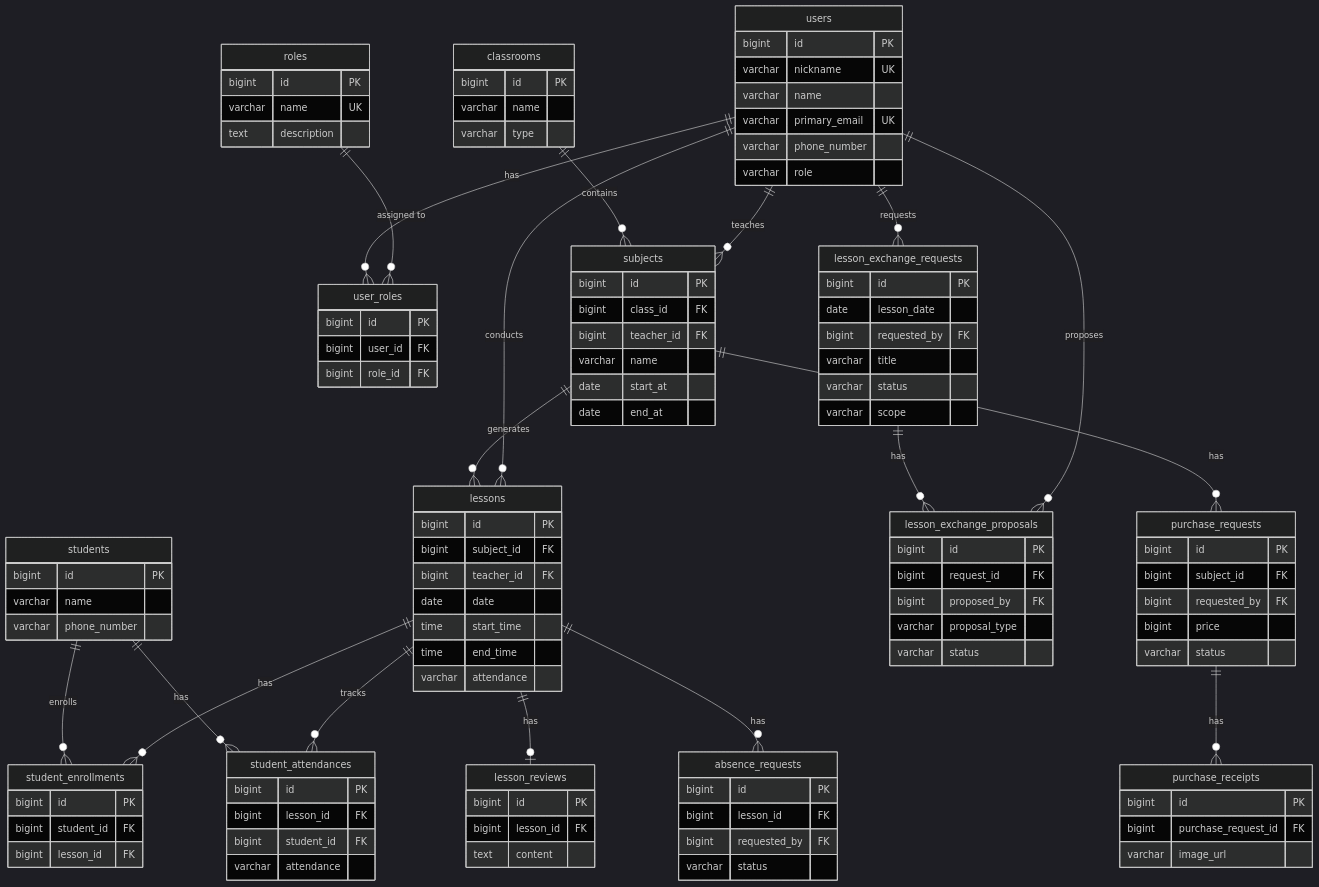
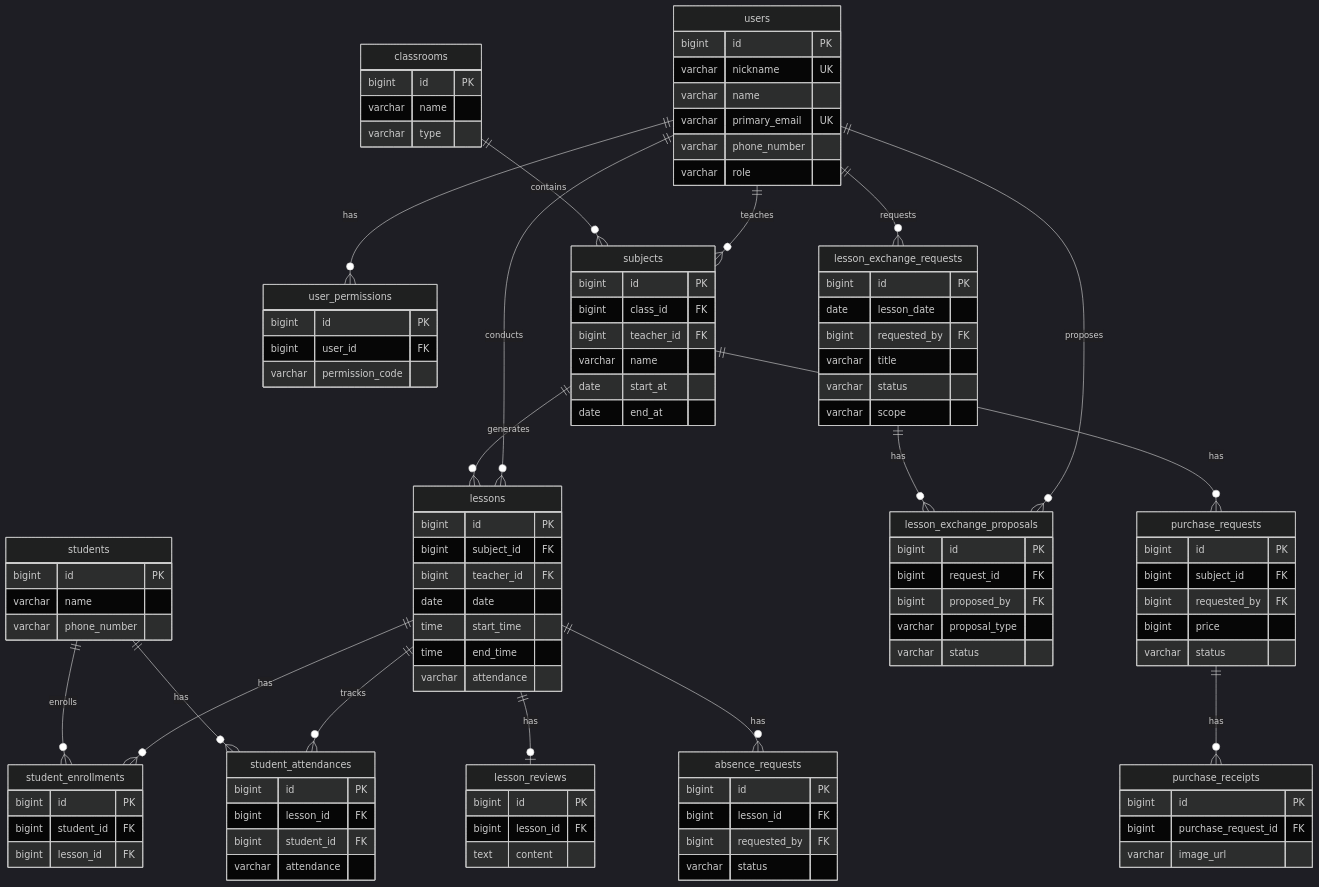
The diagram in docs/data_model.md (Geumjeongyahak/Backend), drawn with Mermaid (dark theme) before and after one commit. The commit also changed other lines of this file and 5 other files, not shown here.

````diff
--- a/docs/data_model.md
+++ b/docs/data_model.md
@@ -54,8 +53,7 @@
 ```mermaid
 erDiagram
-    %% 사용자 및 역할 관리
-    users ||--o{ user_roles : "has"
-    roles ||--o{ user_roles : "assigned to"
+    %% 사용자 및 권한 관리
+    users ||--o{ user_permissions : "has"
 
     %% 분반 및 과목
     classrooms ||--o{ subjects : "contains"
@@ -92,16 +90,10 @@
         varchar role
     }
 
-    roles {
-        bigint id PK
-        varchar name UK
-        text description
-    }
-
-    user_roles {
+    user_permissions {
         bigint id PK
         bigint user_id FK
-        bigint role_id FK
+        varchar permission_code
     }
 
     classrooms {
````
